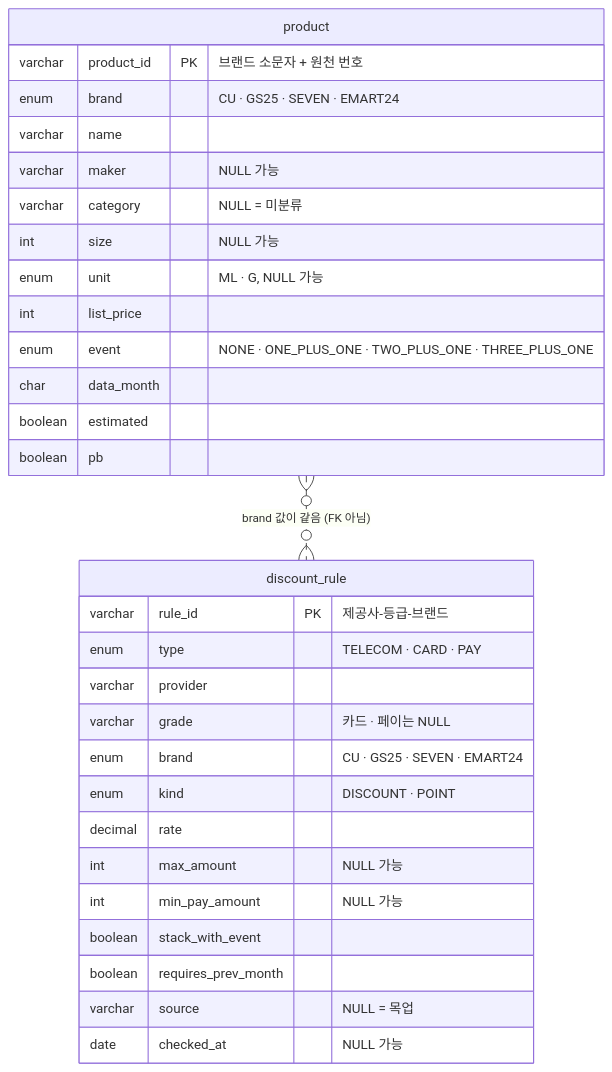
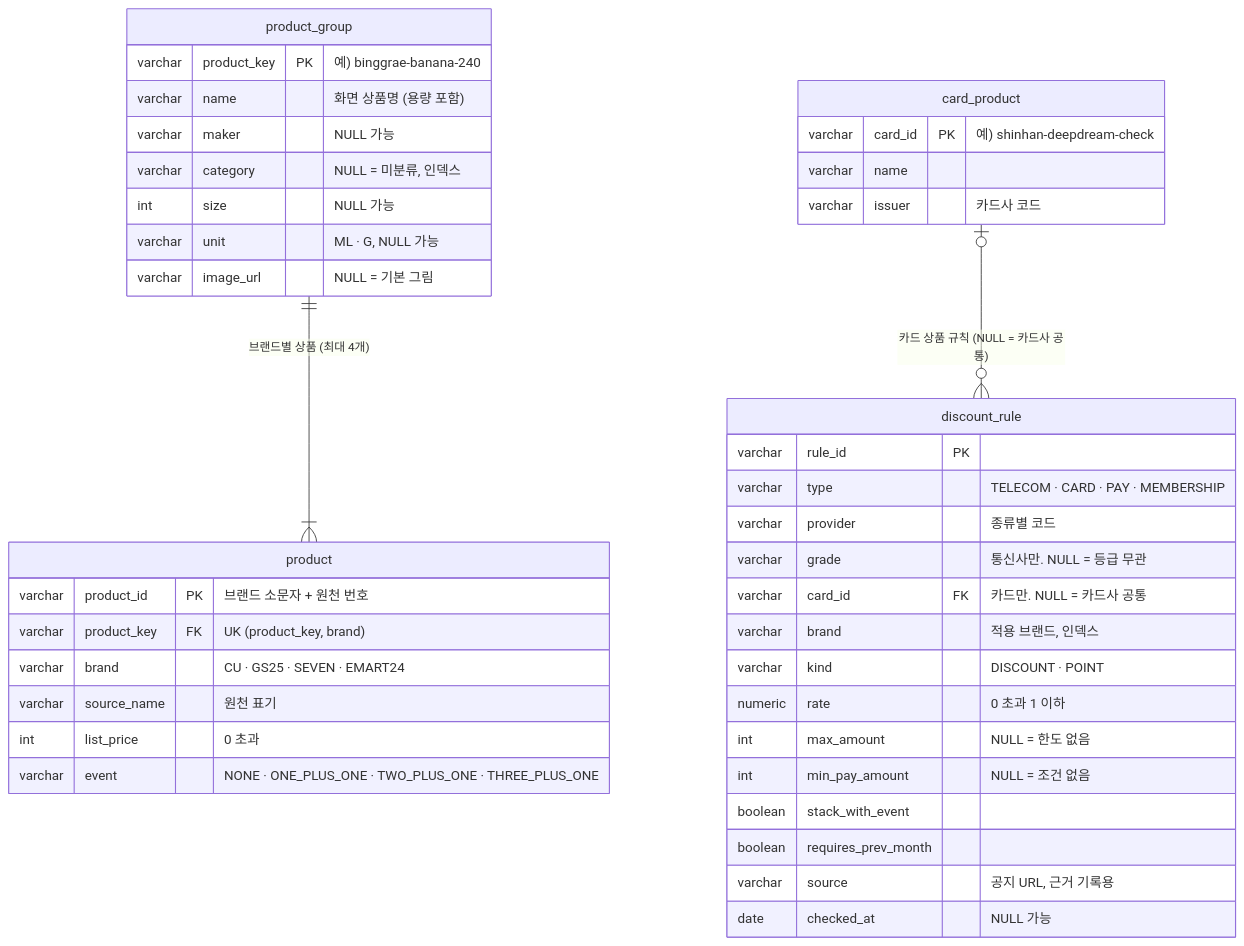
Before and after one commit to livelykitten/retail_convinient_store_lgcns6: the diagram in docs/reference/erd.md, drawn with Mermaid. The commit also changed other lines of this file and 4 other files, not shown here.

First line of the commit message:
feat(db): API 명세 v1.1 기준 DB 스키마와 ERD, 할인 규칙 CSV 형식 추가

````diff
--- a/docs/reference/erd.md
+++ b/docs/reference/erd.md
@@ -27,33 +42,44 @@
 ```mermaid
 erDiagram
+  product_group ||--|{ product : "브랜드별 상품 (최대 4개)"
+  card_product |o--o{ discount_rule : "카드 상품 규칙 (NULL = 카드사 공통)"
+
+  product_group {
+    varchar product_key PK "예) binggrae-banana-240"
+    varchar name "화면 상품명 (용량 포함)"
+    varchar maker "NULL 가능"
+    varchar category "NULL = 미분류, 인덱스"
+    int size "NULL 가능"
+    varchar unit "ML · G, NULL 가능"
+    varchar image_url "NULL = 기본 그림"
+  }
   product {
     varchar product_id PK "브랜드 소문자 + 원천 번호"
-    enum brand "CU · GS25 · SEVEN · EMART24"
+    varchar product_key FK "UK (product_key, brand)"
+    varchar brand "CU · GS25 · SEVEN · EMART24"
+    varchar source_name "원천 표기"
+    int list_price "0 초과"
+    varchar event "NONE · ONE_PLUS_ONE · TWO_PLUS_ONE · THREE_PLUS_ONE"
+  }
+  card_product {
+    varchar card_id PK "예) shinhan-deepdream-check"
     varchar name
-    varchar maker "NULL 가능"
-    varchar category "NULL = 미분류"
-    int size "NULL 가능"
-    enum unit "ML · G, NULL 가능"
-    int list_price
-    enum event "NONE · ONE_PLUS_ONE · TWO_PLUS_ONE · THREE_PLUS_ONE"
-    char data_month
-    boolean estimated
-    boolean pb
+    varchar issuer "카드사 코드"
   }
   discount_rule {
-    varchar rule_id PK "제공사-등급-브랜드"
-    enum type "TELECOM · CARD · PAY"
-    varchar provider
-    varchar grade "카드 · 페이는 NULL"
-    enum brand "CU · GS25 · SEVEN · EMART24"
-    enum kind "DISCOUNT · POINT"
-    decimal rate
-    int max_amount "NULL 가능"
-    int min_pay_amount "NULL 가능"
+    varchar rule_id PK
+    varchar type "TELECOM · CARD · PAY · MEMBERSHIP"
+    varchar provider "종류별 코드"
+    varchar grade "통신사만. NULL = 등급 무관"
+    varchar card_id FK "카드만. NULL = 카드사 공통"
+    varchar brand "적용 브랜드, 인덱스"
+    varchar kind "DISCOUNT · POINT"
+    numeric rate "0 초과 1 이하"
+    int max_amount "NULL = 한도 없음"
+    int min_pay_amount "NULL = 조건 없음"
     boolean stack_with_event
     boolean requires_prev_month
-    varchar source "NULL = 목업"
+    varchar source "공지 URL, 근거 기록용"
     date checked_at "NULL 가능"
   }
-  product }o..o{ discount_rule : "brand 값이 같음 (FK 아님)"
 ```
````
